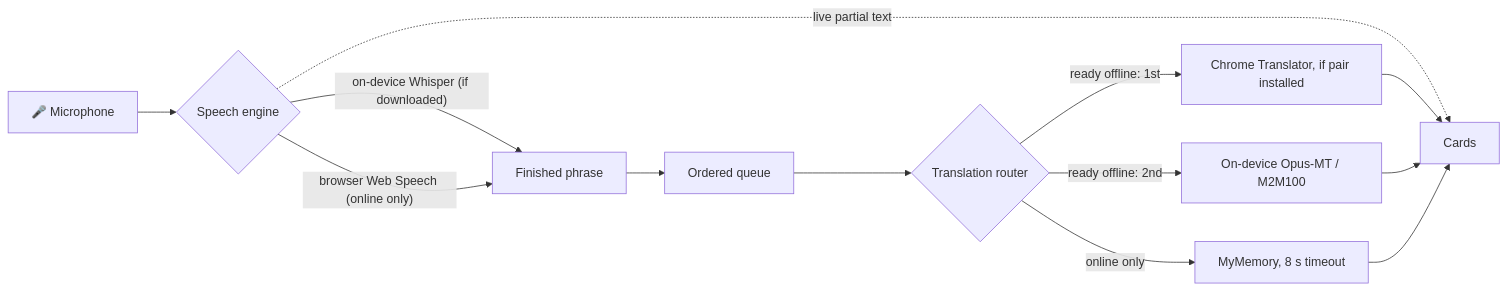
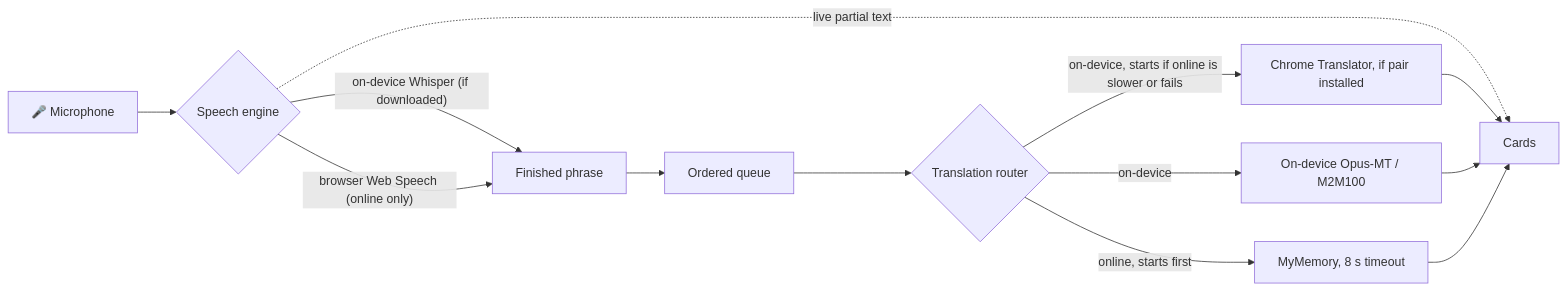
The diagram in developer/README.md (melvin-tai/Audio-Language-Interpretation), drawn with Mermaid before and after one commit. The commit also changed other lines of this file and 7 other files, not shown here.

````diff
--- a/developer/README.md
+++ b/developer/README.md
@@ -81,13 +83,13 @@
 ```mermaid
 flowchart LR
     Mic[🎤 Microphone] --> R{Speech engine}
     R -- "on-device Whisper (if downloaded)" --> F[Finished phrase]
     R -- "browser Web Speech (online only)" --> F
     R -. live partial text .-> UI
     F --> Q[Ordered queue]
     Q --> T{Translation router}
-    T -- "ready offline: 1st" --> C[Chrome Translator, if pair installed]
-    T -- "ready offline: 2nd" --> O[On-device Opus-MT / M2M100]
-    T -- "online only" --> M[MyMemory, 8 s timeout]
+    T -- "online, starts first" --> M[MyMemory, 8 s timeout]
+    T -- "on-device, starts if online is slower or fails" --> C[Chrome Translator, if pair installed]
+    T -- "on-device" --> O[On-device Opus-MT / M2M100]
     C & O & M --> UI[Cards]
 ```
````
